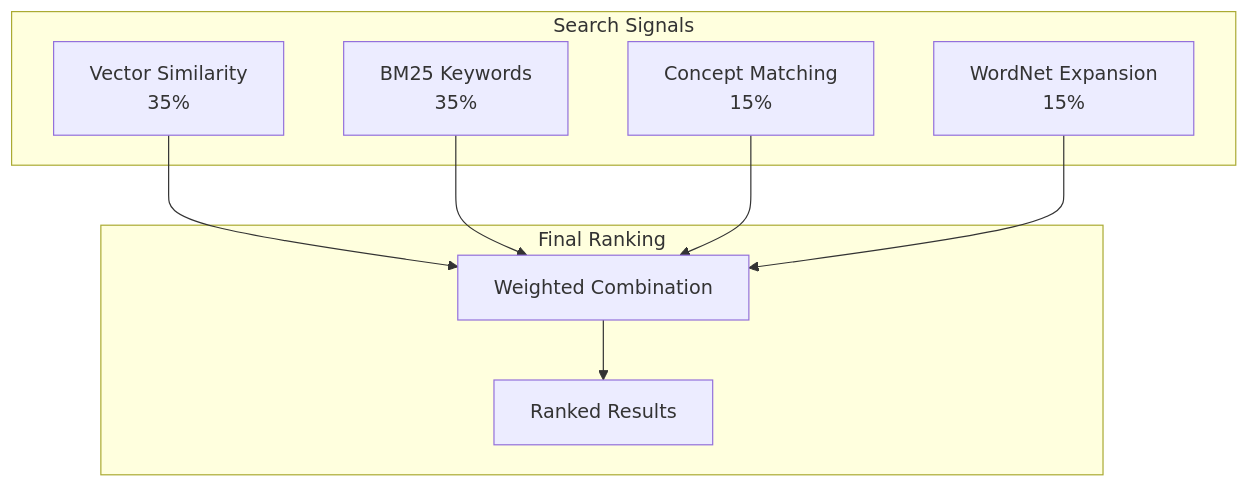
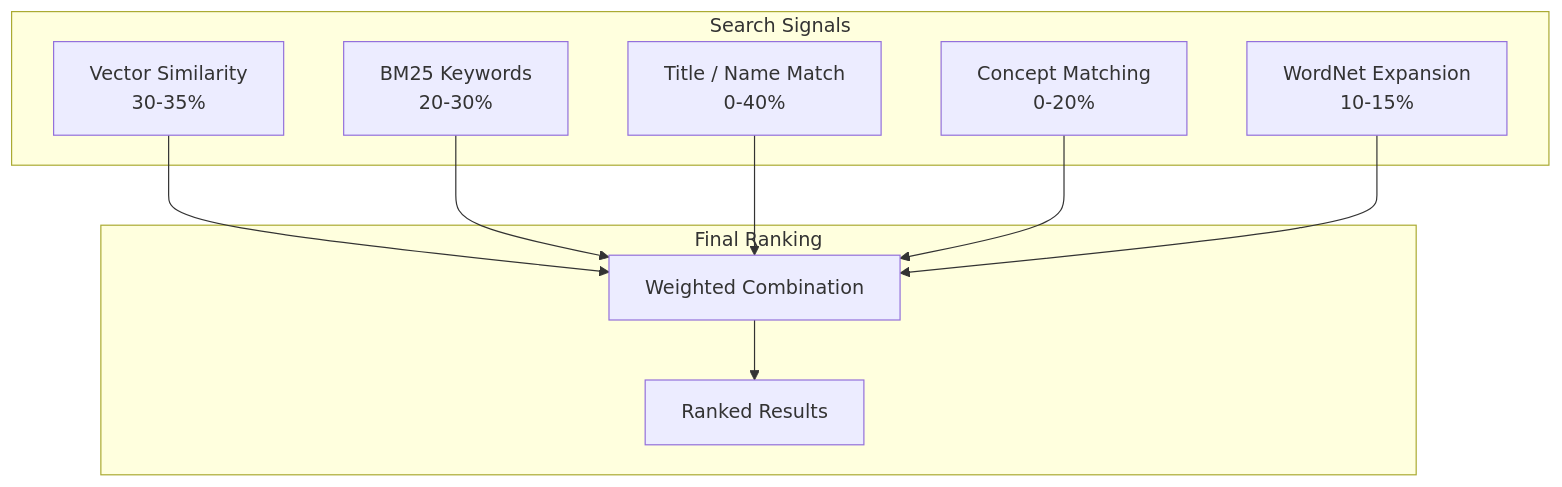
Before and after one commit to m2ux/concept-rag: the second of 2 diagrams in docs/architecture/wordnet-enrichment.md, drawn with Mermaid. The commit also changed other lines of this file and 10 other files, not shown here.

````diff
--- a/docs/architecture/wordnet-enrichment.md
+++ b/docs/architecture/wordnet-enrichment.md
@@ -88,20 +88,22 @@
 ```mermaid
 flowchart TB
     subgraph Signals["Search Signals"]
-        Vector["Vector Similarity<br/>35%"]
-        BM25["BM25 Keywords<br/>35%"]
-        Concept["Concept Matching<br/>15%"]
-        WN["WordNet Expansion<br/>15%"]
+        Vector["Vector Similarity<br/>30-35%"]
+        BM25["BM25 Keywords<br/>20-30%"]
+        Title["Title / Name Match<br/>0-40%"]
+        Concept["Concept Matching<br/>0-20%"]
+        WN["WordNet Expansion<br/>10-15%"]
     end
 
     subgraph Score["Final Ranking"]
         Combine[Weighted Combination]
         Results[Ranked Results]
     end
 
     Vector --> Combine
     BM25 --> Combine
+    Title --> Combine
     Concept --> Combine
     WN --> Combine
     Combine --> Results
 ```
````
